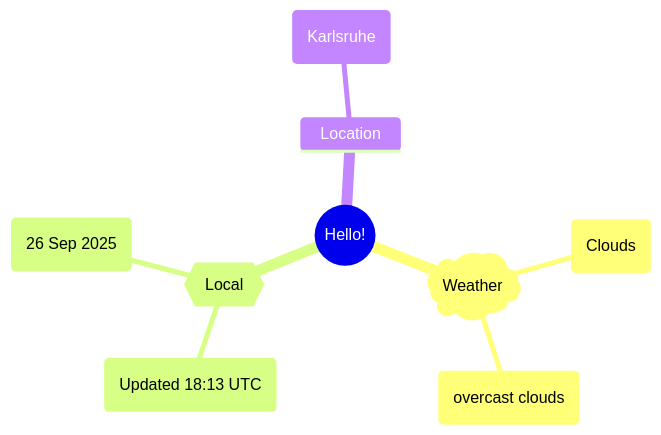
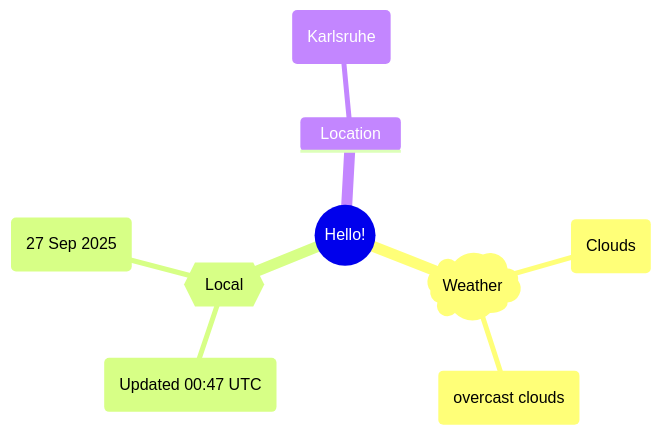
The first of 2 diagrams in README.md (Xosrov/Xosrov), drawn with Mermaid before and after one commit.

Commit message:
[bot] updated images

````diff
--- a/README.md
+++ b/README.md
@@ -3,12 +3,12 @@
 ```mermaid
 mindmap
   root((Hello!))
     )Weather(
         (Clouds)
         (overcast clouds)
     {{Local}}
-        (Updated 18:13 UTC)
-        (26 Sep 2025)
+        (Updated 00:47 UTC)
+        (27 Sep 2025)
     Location
         (Karlsruhe)
 ```
````
